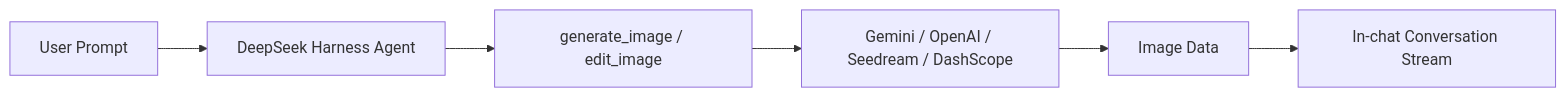
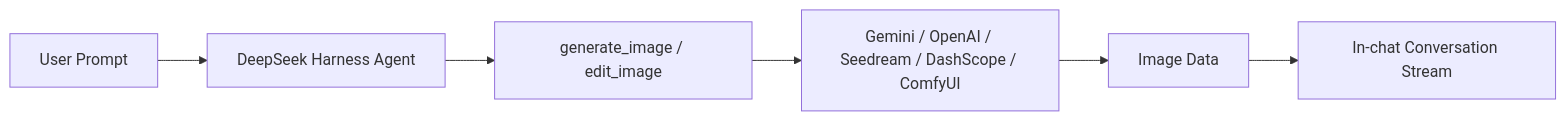
The diagram in README.en.md (randomix777/dsh-image-gen), drawn with Mermaid before and after one commit. The commit also changed other lines of this file and 14 other files, not shown here.

````diff
--- a/README.en.md
+++ b/README.en.md
@@ -55,8 +55,8 @@
 ```mermaid
 graph LR
     A[User Prompt] --> B[DeepSeek Harness Agent]
     B --> C[generate_image / edit_image]
-    C --> D[Gemini / OpenAI / Seedream / DashScope]
+    C --> D[Gemini / OpenAI / Seedream / DashScope / ComfyUI]
     D --> E[Image Data]
     E --> F[In-chat Conversation Stream]
 ```
````
